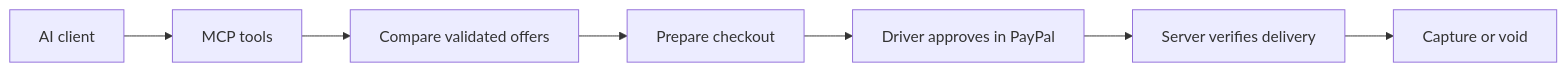
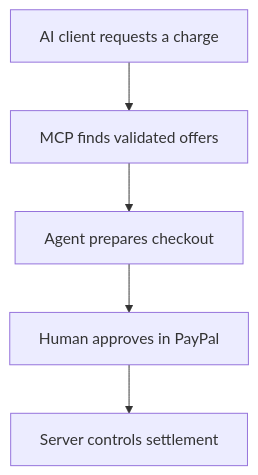
The third of 3 diagrams in README.md (piyusha-sayal/gridwindow-flexpay), drawn with Mermaid before and after one commit. The commit also changed other lines of this file, not shown here.

````diff
--- a/README.md
+++ b/README.md
@@ -413,9 +171,7 @@
 ```mermaid
-flowchart LR
-  A[AI client] --> B[MCP tools]
-  B --> C[Compare validated offers]
-  C --> D[Prepare checkout]
-  D --> E[Driver approves in PayPal]
-  E --> F[Server verifies delivery]
-  F --> G[Capture or void]
+flowchart TB
+    A["AI client requests a charge"] --> B["MCP finds validated offers"]
+    B --> C["Agent prepares checkout"]
+    C --> D["Human approves in PayPal"]
+    D --> E["Server controls settlement"]
 ```
````
